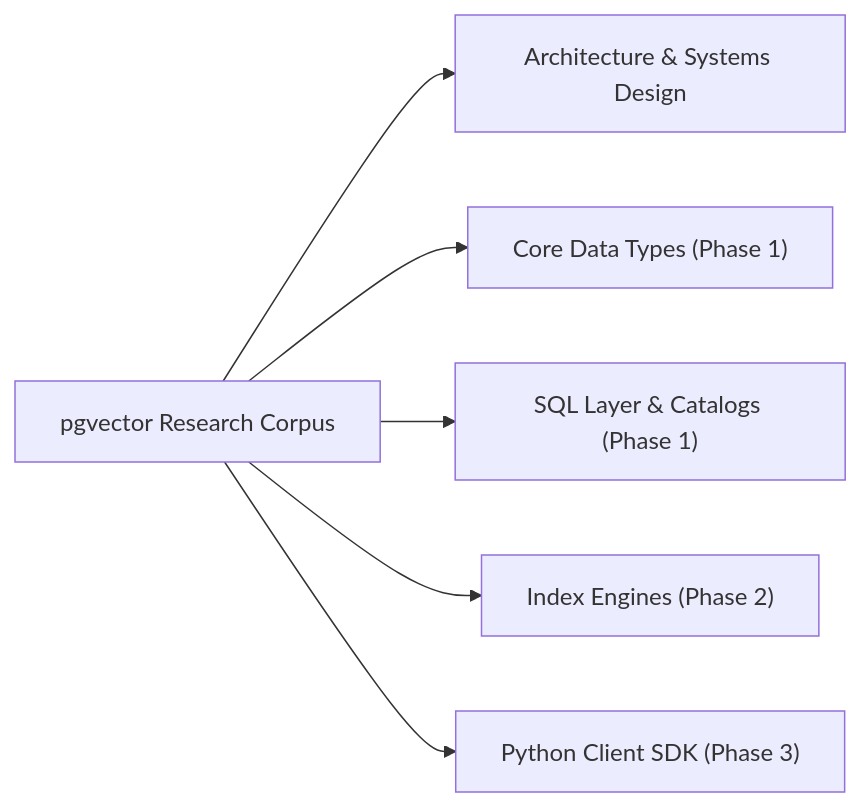
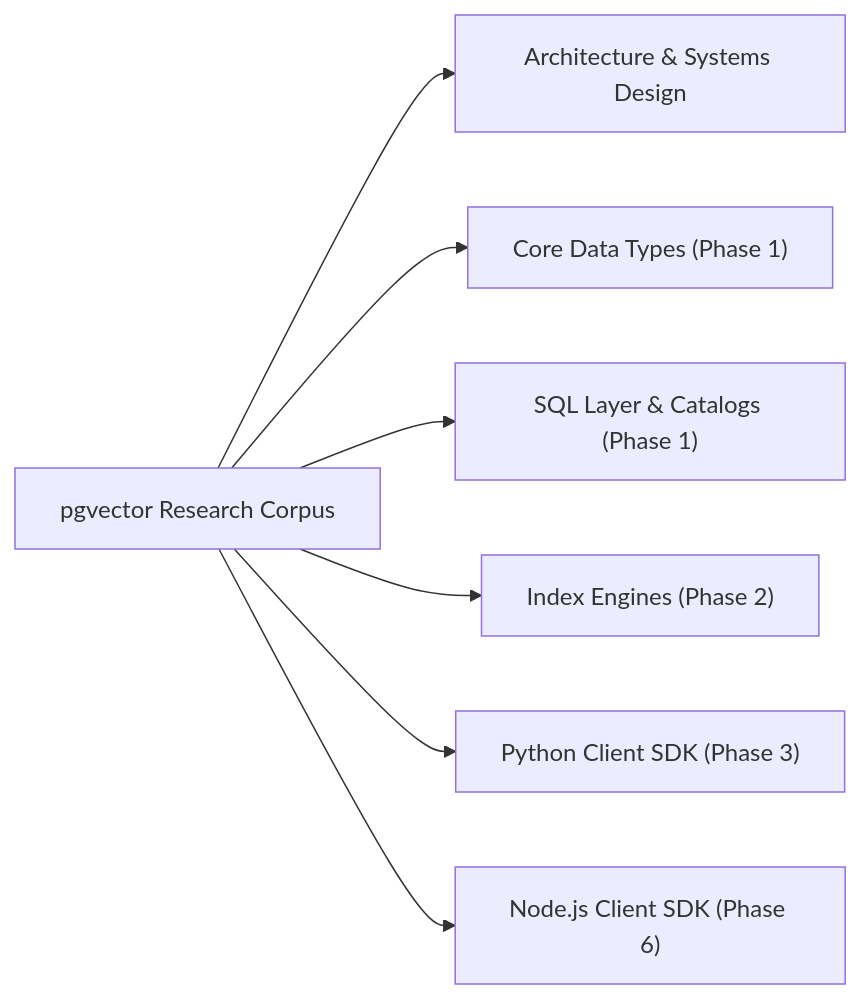
One commit to DikshitRJ/arkivector changed the second of 3 diagrams in RESEARCH/pgvector/README.md. Above: the diagram before and after it, drawn with Mermaid. The commit also changed other lines of this file and 2 other files, not shown here.

Commit message:
research(phase6): finalize plan, master README and WHAT_WE_LEARN with Node.js SDK integration

````diff
--- a/RESEARCH/pgvector/README.md
+++ b/RESEARCH/pgvector/README.md
@@ -166,15 +167,17 @@
 ```mermaid
 flowchart LR
     Root["pgvector Research Corpus"]
     Arch["Architecture & Systems Design"]
     Core["Core Data Types (Phase 1)"]
     SQL["SQL Layer & Catalogs (Phase 1)"]
     Indexes["Index Engines (Phase 2)"]
-    SDK["Python Client SDK (Phase 3)"]
+    SDK_Py["Python Client SDK (Phase 3)"]
+    SDK_Node["Node.js Client SDK (Phase 6)"]
 
     Root --> Arch
     Root --> Core
     Root --> SQL
     Root --> Indexes
-    Root --> SDK
+    Root --> SDK_Py
+    Root --> SDK_Node
 ```
````
